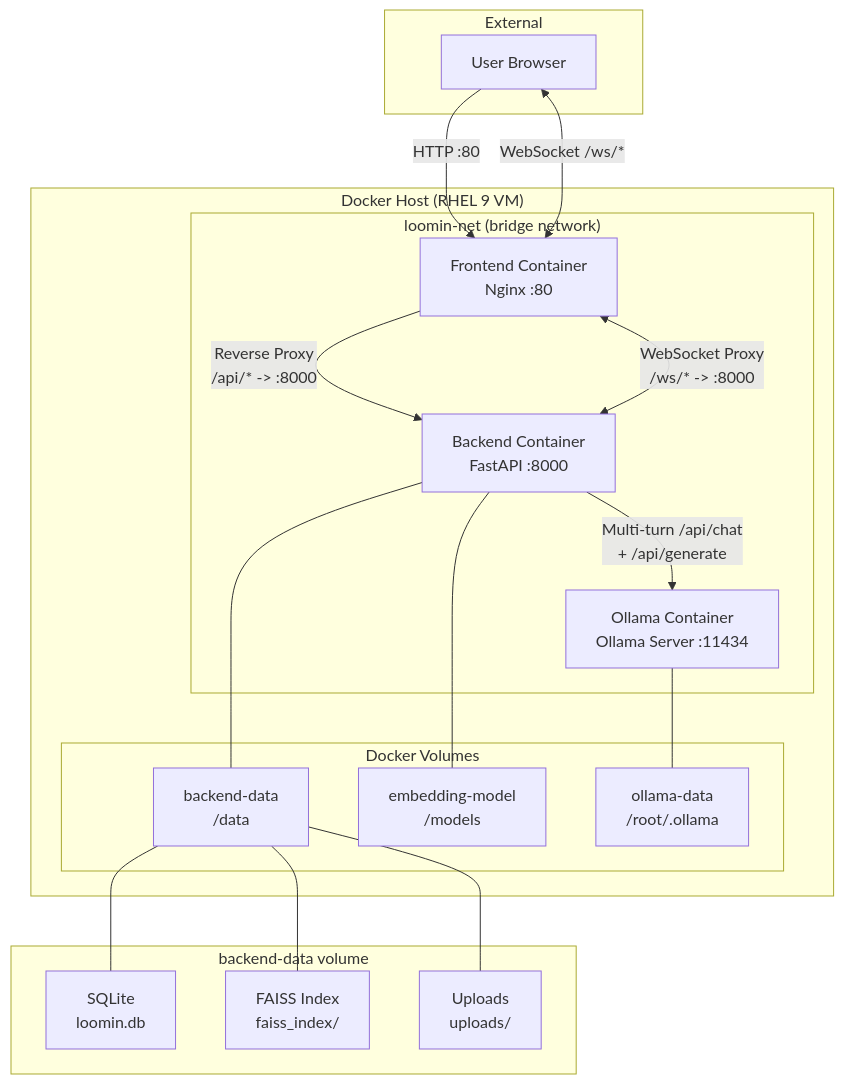
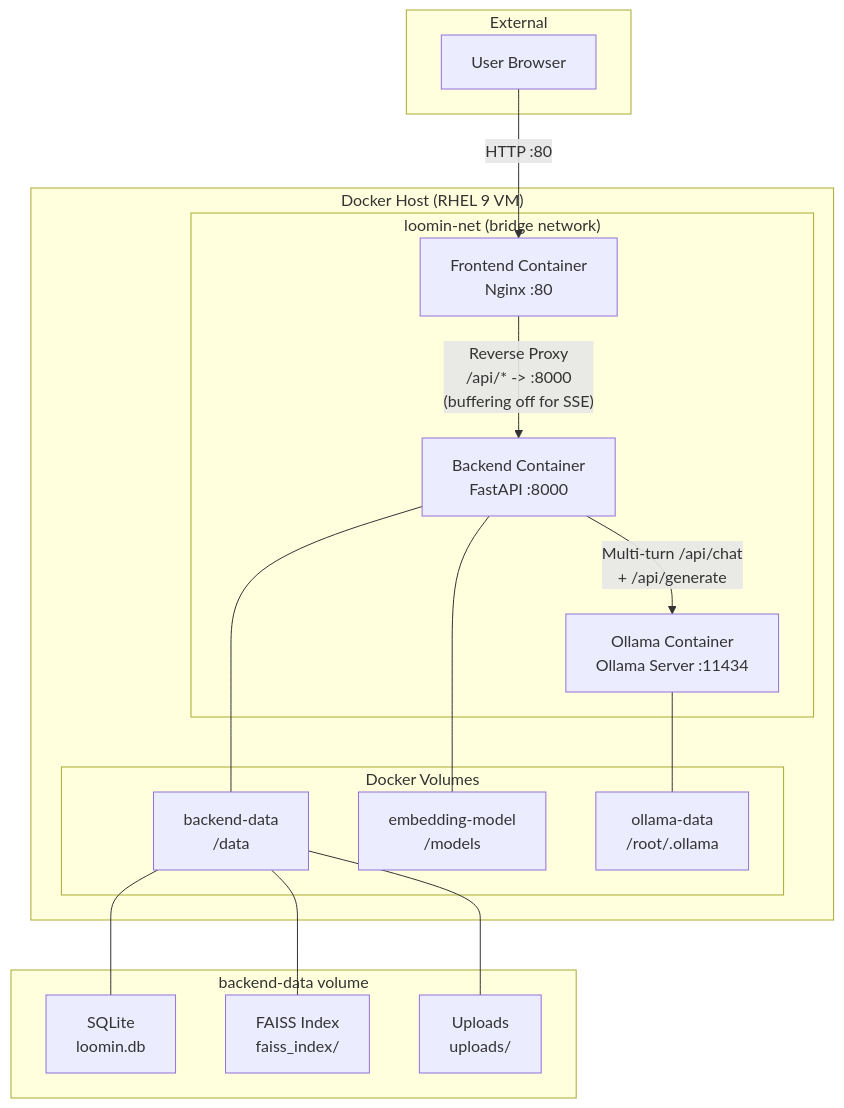
One commit to smdsheriff/loomin-docs changed the first of 6 diagrams in ARCHITECTURE.md. Above: the diagram before and after it, drawn with Mermaid. The commit also changed other lines of this file and 23 other files, not shown here.

````diff
--- a/ARCHITECTURE.md
+++ b/ARCHITECTURE.md
@@ -9,40 +11,38 @@
 ```mermaid
 graph TB
     subgraph "External"
         User["User Browser"]
     end
 
     subgraph "Docker Host (RHEL 9 VM)"
         subgraph "loomin-net (bridge network)"
             FE["Frontend Container<br/>Nginx :80"]
             BE["Backend Container<br/>FastAPI :8000"]
             OL["Ollama Container<br/>Ollama Server :11434"]
         end
 
         subgraph "Docker Volumes"
             V1["backend-data<br/>/data"]
             V2["embedding-model<br/>/models"]
             V3["ollama-data<br/>/root/.ollama"]
         end
     end
 
     User -->|"HTTP :80"| FE
-    User <-->|"WebSocket /ws/*"| FE
-    FE -->|"Reverse Proxy<br/>/api/* -> :8000"| BE
-    FE <-->|"WebSocket Proxy<br/>/ws/* -> :8000"| BE
+    FE -->|"Reverse Proxy<br/>/api/* -> :8000<br/>(buffering off for SSE)"| BE
     BE -->|"Multi-turn /api/chat<br/>+ /api/generate"| OL
 
     BE --- V1
     BE --- V2
     OL --- V3
 
     subgraph "backend-data volume"
         DB["SQLite<br/>loomin.db"]
         FI["FAISS Index<br/>faiss_index/"]
         UL["Uploads<br/>uploads/"]
     end
 
     V1 --- DB
     V1 --- FI
     V1 --- UL
 ```
````
